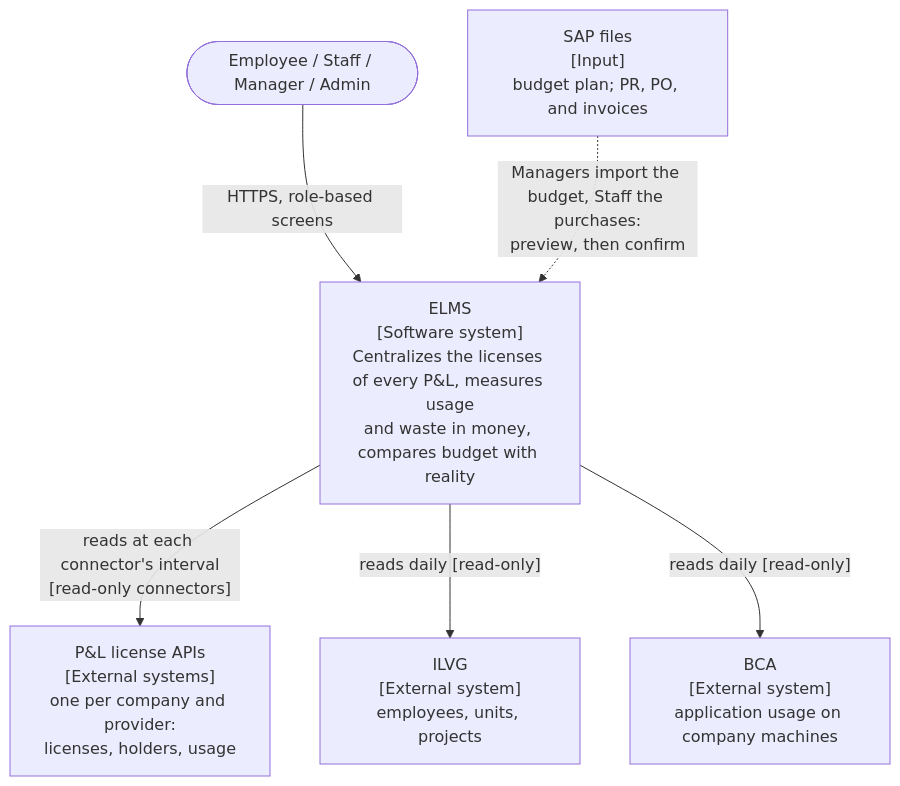
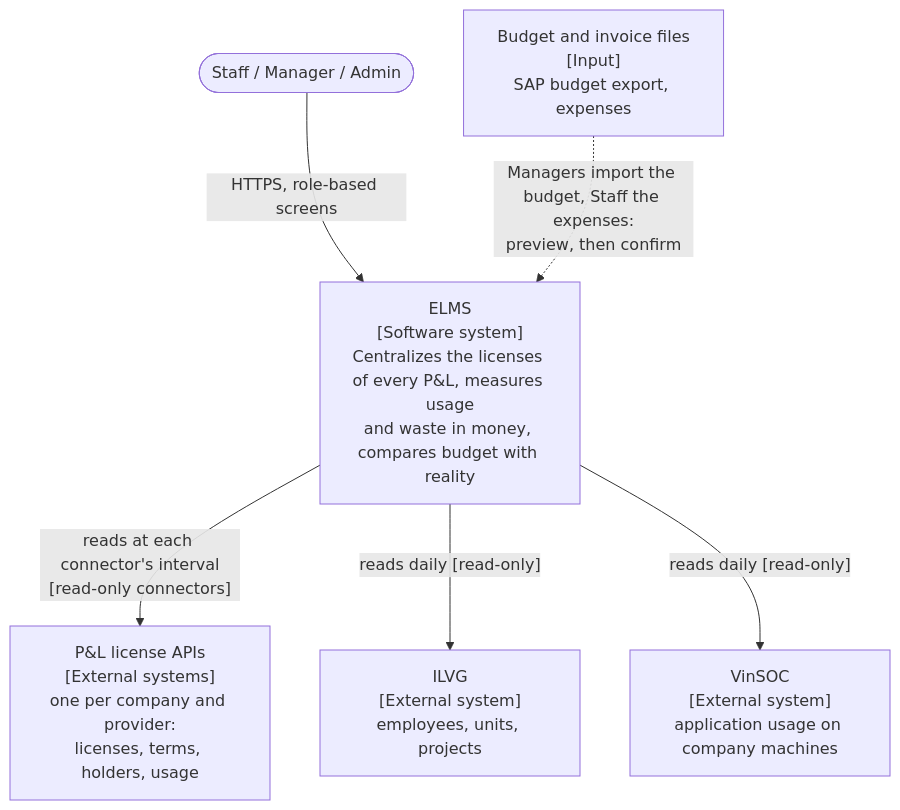
The first of 2 diagrams in README.md (cuonglpv/VFast), drawn with Mermaid before and after one commit. The commit also changed other lines of this file and 68 other files, not shown here.

First line of the commit message:
docs: add architecture docs (arc42, C4, UML) and restructure docs

````diff
--- a/README.md
+++ b/README.md
@@ -146,15 +151,15 @@
 ```mermaid
 flowchart TB
-    users(["Employee / Staff / Manager / Admin"])
+    users(["Staff / Manager / Admin"])
     elms["ELMS<br/>[Software system]<br/>Centralizes the licenses of every P&L, measures usage<br/>and waste in money, compares budget with reality"]
-    pnl["P&L license APIs<br/>[External systems]<br/>one per company and provider:<br/>licenses, holders, usage"]
+    pnl["P&L license APIs<br/>[External systems]<br/>one per company and provider:<br/>licenses, terms, holders, usage"]
     ilvg["ILVG<br/>[External system]<br/>employees, units, projects"]
-    bca["BCA<br/>[External system]<br/>application usage on company machines"]
-    files["SAP files<br/>[Input]<br/>budget plan; PR, PO, and invoices"]
+    vinsoc["VinSOC<br/>[External system]<br/>application usage on company machines"]
+    files["Budget and invoice files<br/>[Input]<br/>SAP budget export, expenses"]
 
     users -- "HTTPS, role-based screens" --> elms
     elms -- "reads at each connector's interval<br/>[read-only connectors]" --> pnl
     elms -- "reads daily [read-only]" --> ilvg
-    elms -- "reads daily [read-only]" --> bca
-    files -. "Managers import the budget, Staff the purchases:<br/>preview, then confirm" .-> elms
+    elms -- "reads daily [read-only]" --> vinsoc
+    files -. "Managers import the budget, Staff the expenses:<br/>preview, then confirm" .-> elms
 ```
````
